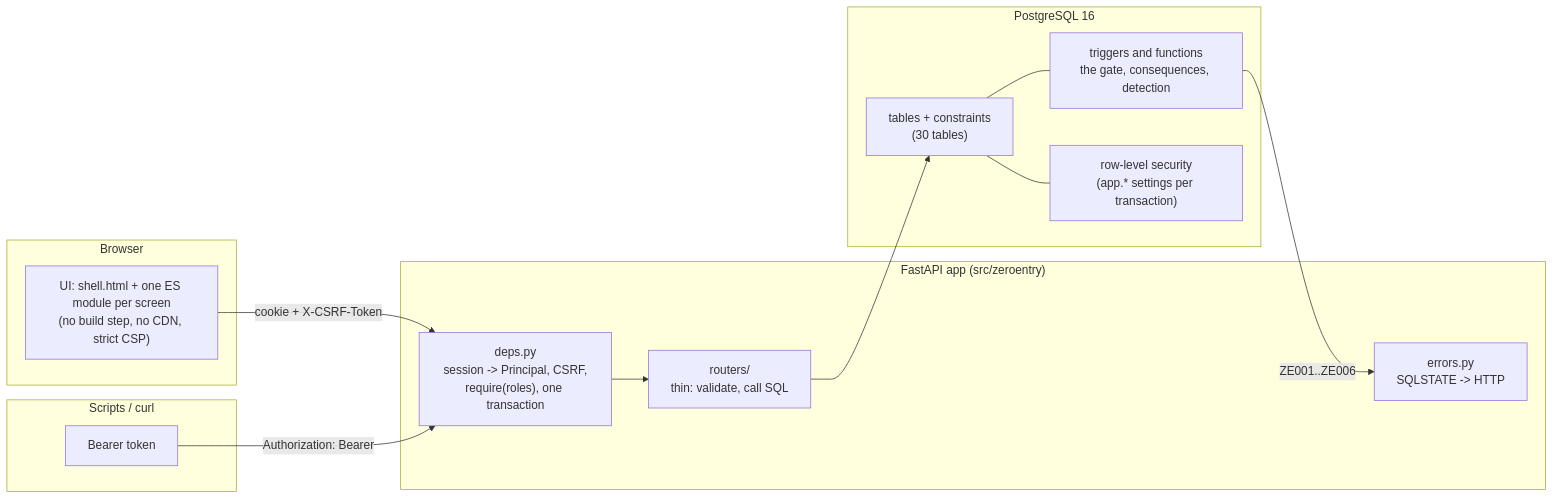
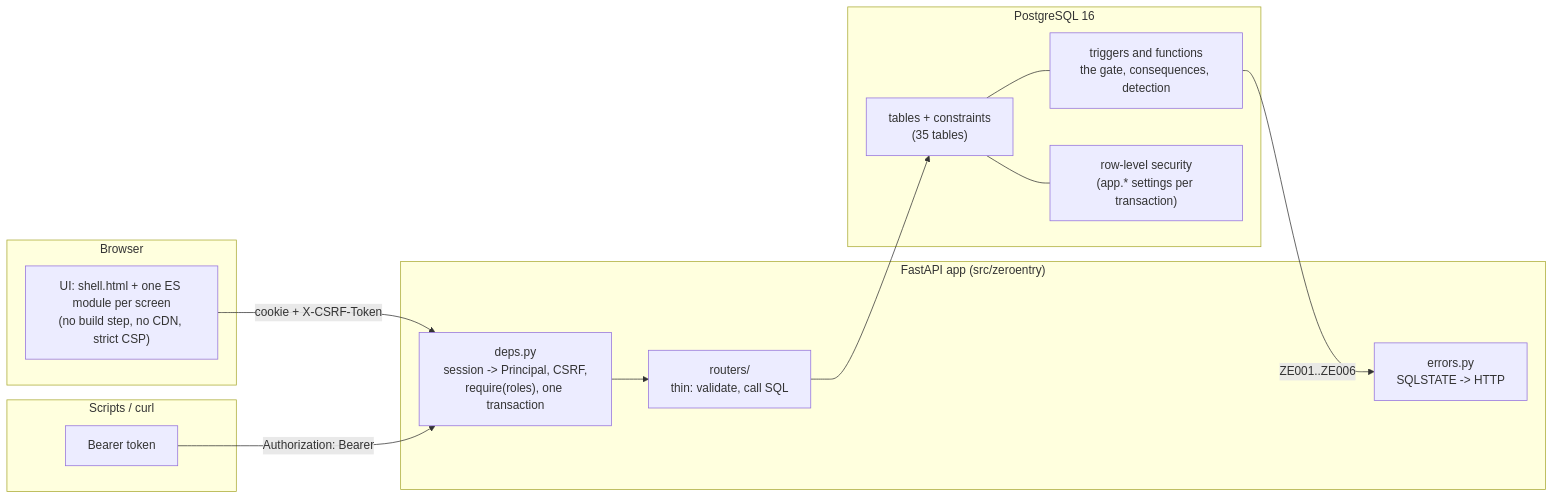
One commit to Vyas-Vis06/DBThon- changed the first of 2 diagrams in docs/ARCHITECTURE.md. Above: the diagram before and after it, drawn with Mermaid. The commit also changed other lines of this file and 64 other files, not shown here.

````diff
--- a/docs/ARCHITECTURE.md
+++ b/docs/ARCHITECTURE.md
@@ -9,25 +9,25 @@
 ```mermaid
 flowchart LR
   subgraph Browser
     UI["UI: shell.html + one ES module per screen<br/>(no build step, no CDN, strict CSP)"]
   end
   subgraph Client["Scripts / curl"]
     CLI["Bearer token"]
   end
   subgraph App["FastAPI app (src/zeroentry)"]
     D["deps.py<br/>session -> Principal, CSRF,<br/>require(roles), one transaction"]
     R["routers/<br/>thin: validate, call SQL"]
     E["errors.py<br/>SQLSTATE -> HTTP"]
   end
   subgraph PG["PostgreSQL 16"]
-    S["tables + constraints<br/>(30 tables)"]
+    S["tables + constraints<br/>(35 tables)"]
     T["triggers and functions<br/>the gate, consequences, detection"]
     P["row-level security<br/>(app.* settings per transaction)"]
   end
   UI -- "cookie + X-CSRF-Token" --> D
   CLI -- "Authorization: Bearer" --> D
   D --> R --> S
   S --- T
   S --- P
   T -- "ZE001..ZE006" --> E
 ```
````
